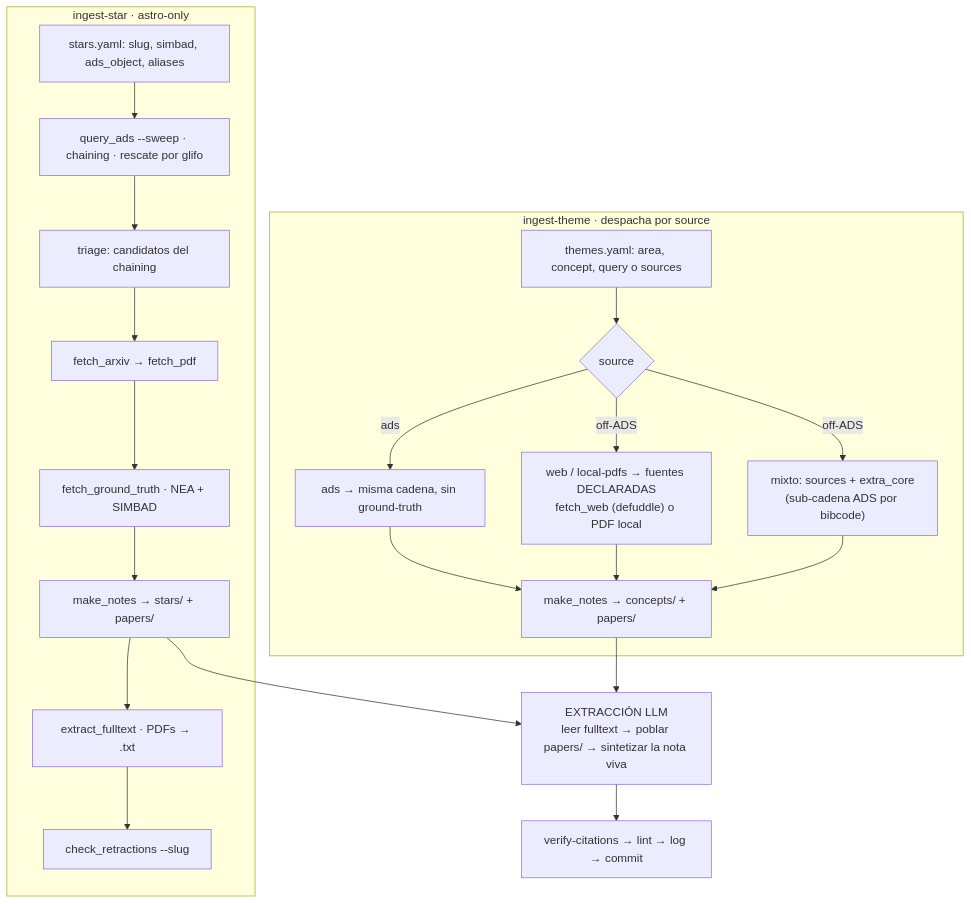
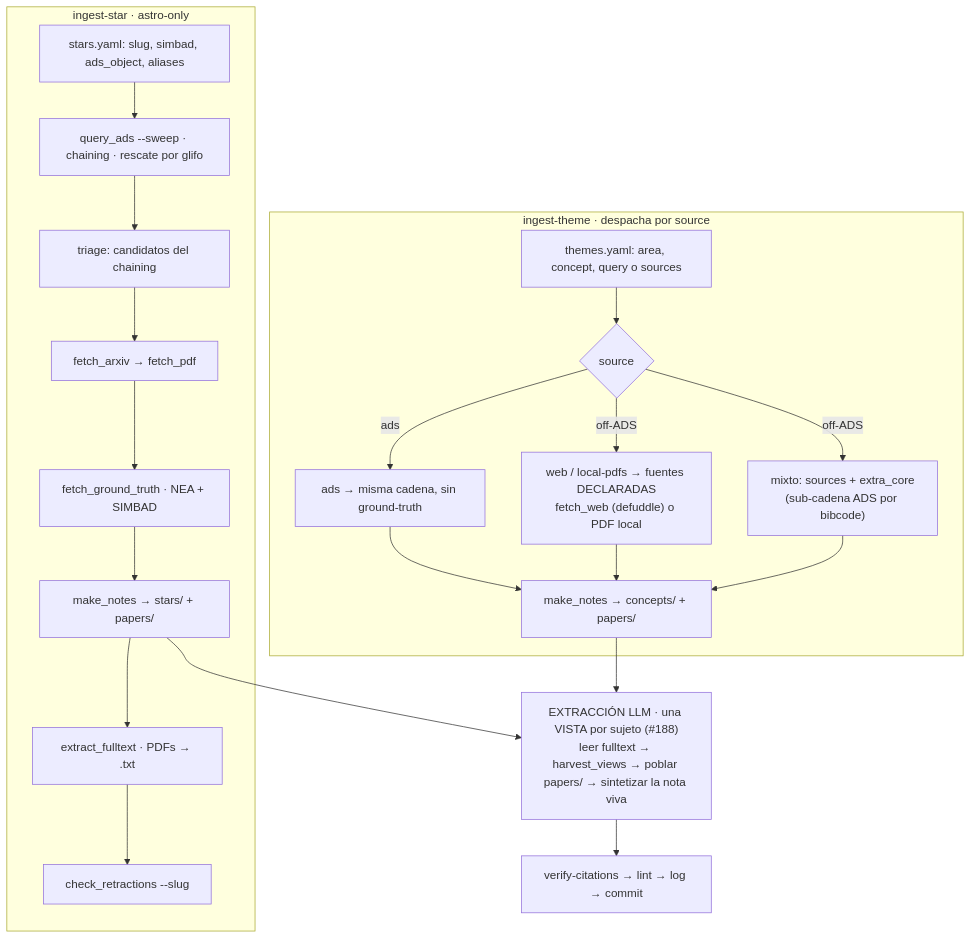
The first of 2 diagrams in docs/ingesta.md (nicklessagus/Almagesto), drawn with Mermaid before and after one commit. The commit also changed other lines of this file and 18 other files, not shown here.

````diff
--- a/docs/ingesta.md
+++ b/docs/ingesta.md
@@ -106,31 +106,31 @@
 ```mermaid
 flowchart TD
     subgraph S["ingest-star · astro-only"]
         S1[stars.yaml: slug, simbad, ads_object, aliases]
         S2["query_ads --sweep · chaining · rescate por glifo"]
         S3[triage: candidatos del chaining]
         S4["fetch_arxiv → fetch_pdf"]
         S5["fetch_ground_truth · NEA + SIMBAD"]
         S6[make_notes → stars/ + papers/]
         S7["extract_fulltext · PDFs → .txt"]
         S8[check_retractions --slug]
         S1 --> S2 --> S3 --> S4 --> S5 --> S6 --> S7 --> S8
     end
 
     subgraph T["ingest-theme · despacha por source"]
         T1[themes.yaml: area, concept, query o sources]
         T2{source}
         T3["ads → misma cadena, sin ground-truth"]
         T4["web / local-pdfs → fuentes DECLARADAS<br/>fetch_web (defuddle) o PDF local"]
         T5["mixto: sources + extra_core<br/>(sub-cadena ADS por bibcode)"]
         T6[make_notes → concepts/ + papers/]
         T1 --> T2
         T2 -->|ads| T3 --> T6
         T2 -->|off-ADS| T4 --> T6
         T2 -->|off-ADS| T5 --> T6
     end
 
-    S6 --> L["EXTRACCIÓN LLM<br/>leer fulltext → poblar papers/ → sintetizar la nota viva"]
+    S6 --> L["EXTRACCIÓN LLM · una VISTA por sujeto (#188)<br/>leer fulltext → harvest_views → poblar papers/ → sintetizar la nota viva"]
     T6 --> L
     L --> V["verify-citations → lint → log → commit"]
 ```
````
